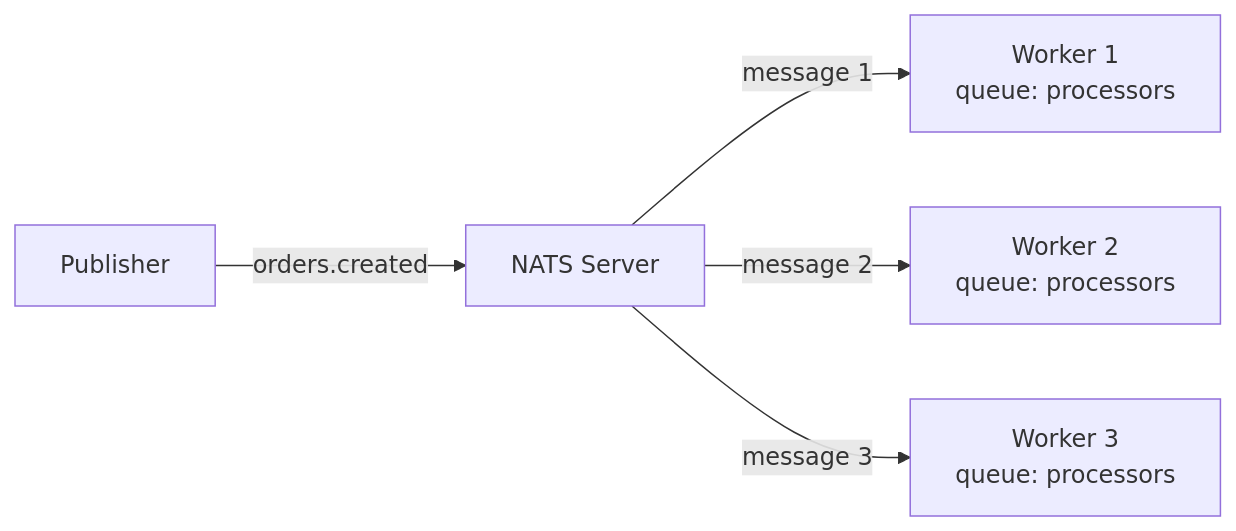
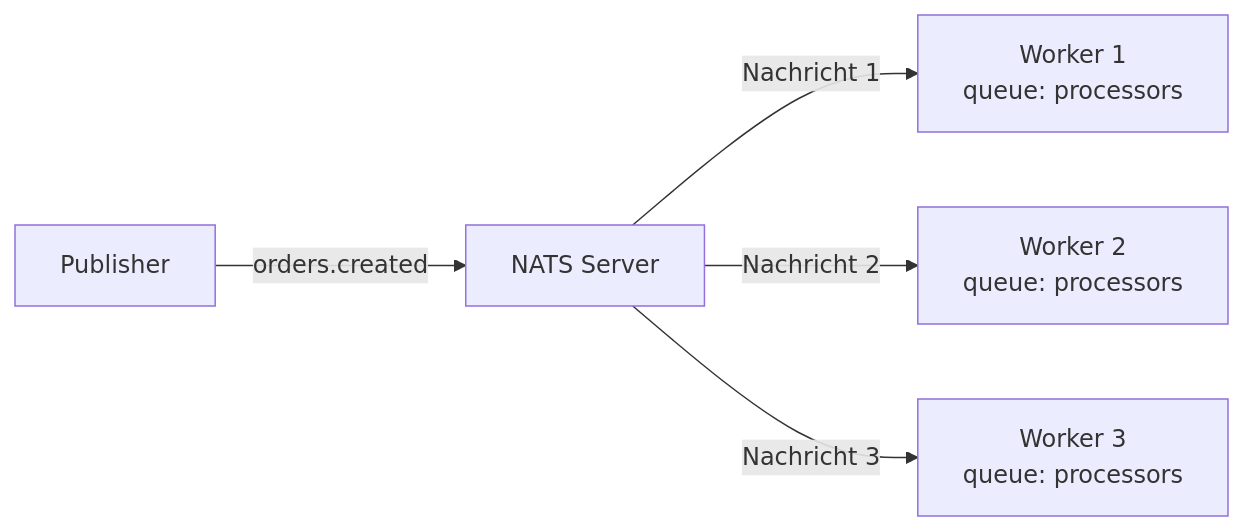
The third of 4 diagrams in i18n/de/docusaurus-plugin-content-docs/current/services/messaging/nats/concepts.md (HidoraSwiss/hikube-public-doc), drawn with Mermaid before and after one commit. The commit also changed other lines of this file and 148 other files, not shown here.

````diff
--- a/i18n/de/docusaurus-plugin-content-docs/current/services/messaging/nats/concepts.md
+++ b/i18n/de/docusaurus-plugin-content-docs/current/services/messaging/nats/concepts.md
@@ -88,7 +84,7 @@
 ```mermaid
 graph LR
     PUB[Publisher] -->|"orders.created"| NATS[NATS Server]
-    NATS -->|"message 1"| S1[Worker 1<br/>queue: processors]
-    NATS -->|"message 2"| S2[Worker 2<br/>queue: processors]
-    NATS -->|"message 3"| S3[Worker 3<br/>queue: processors]
+    NATS -->|"Nachricht 1"| S1[Worker 1<br/>queue: processors]
+    NATS -->|"Nachricht 2"| S2[Worker 2<br/>queue: processors]
+    NATS -->|"Nachricht 3"| S3[Worker 3<br/>queue: processors]
 ```
````
